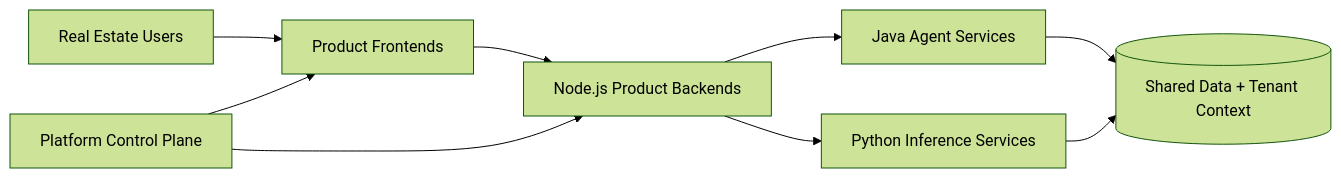
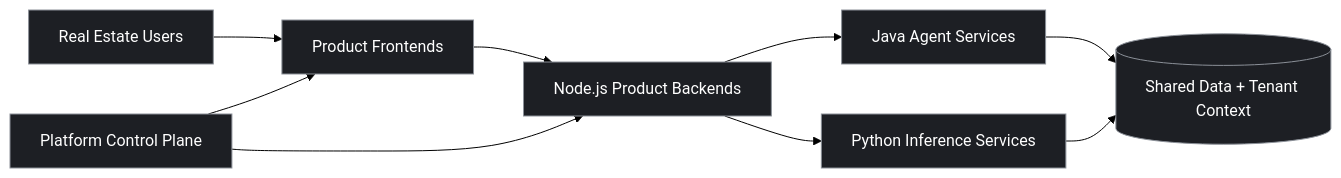
One commit to dwayneblack786/ai-services-platform changed the first of 3 diagrams in README.md. Above: the diagram before and after it, drawn with Mermaid (forest theme). The commit also changed other lines of this file, not shown here.

Commit message:
docs: add request lifecycle architecture diagram

````diff
--- a/README.md
+++ b/README.md
@@ -50,11 +51,14 @@
 ```mermaid
 flowchart LR
 	U[Real Estate Users] --> FE[Product Frontends]
 	FE --> BE[Node.js Product Backends]
 	BE --> J[Java Agent Services]
 	BE --> P[Python Inference Services]
 	J --> D[(Shared Data + Tenant Context)]
 	P --> D
 	PM[Platform Control Plane] --> FE
 	PM --> BE
+
+	classDef core fill:#1d1f24,stroke:#8b9098,color:#ffffff,stroke-width:1px;
+	class U,FE,BE,J,P,D,PM core;
 ```
````
